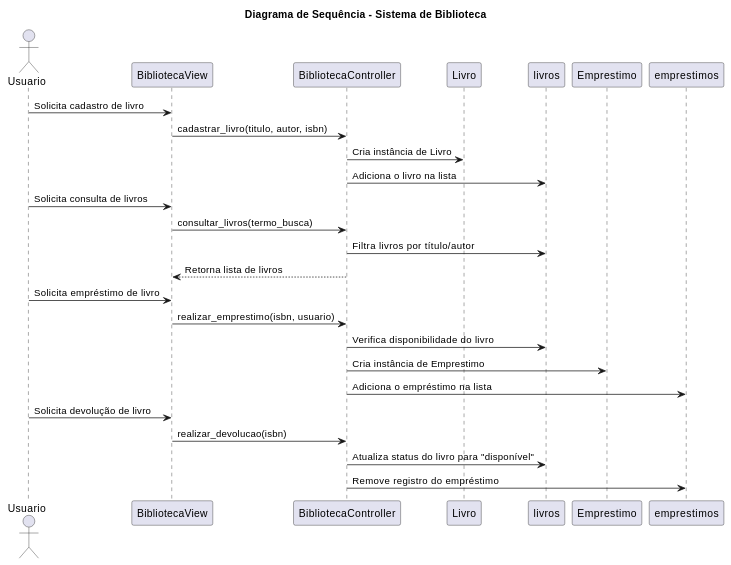
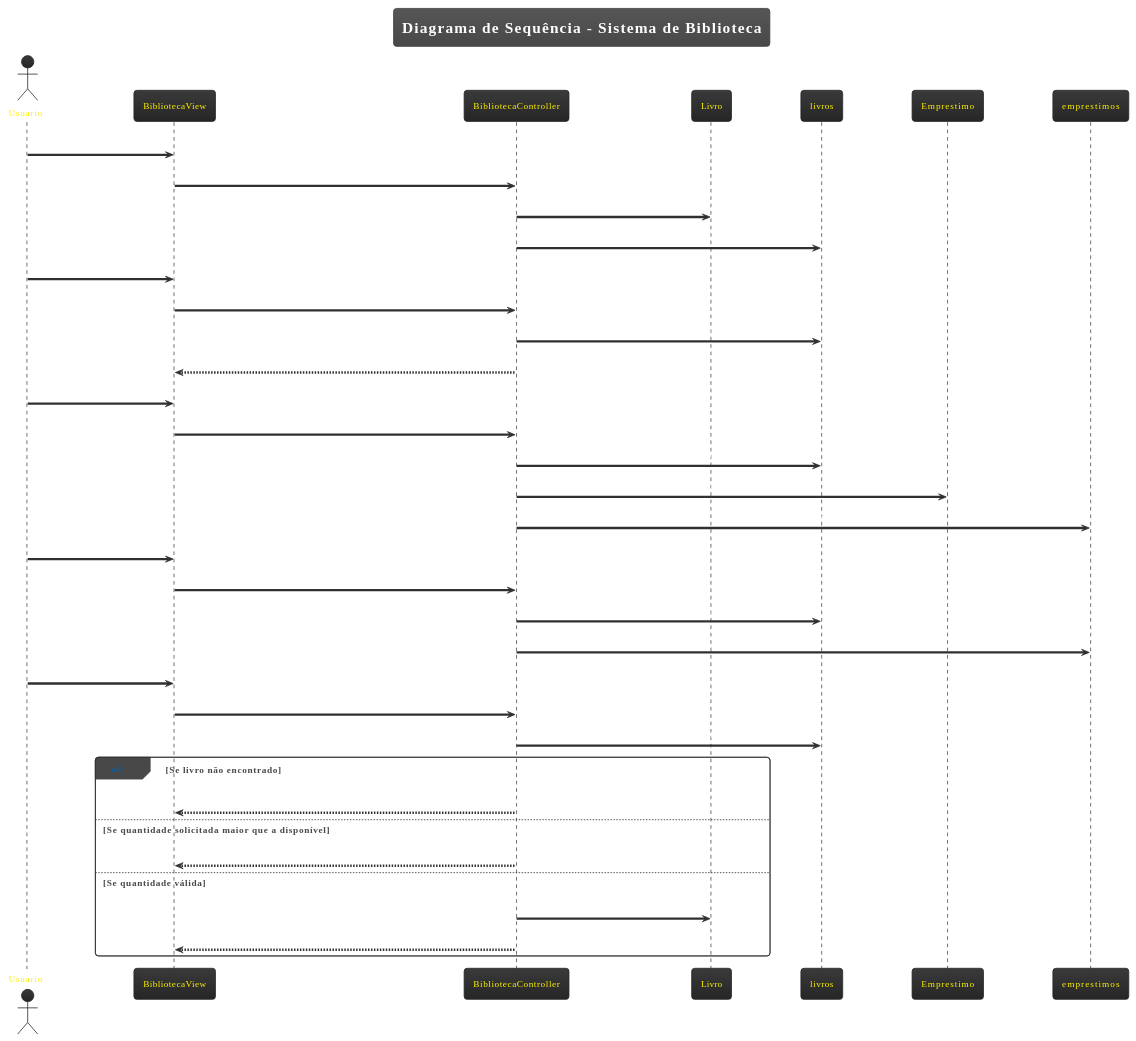
The diagram in README.md (Rasanhii/Sistema-de-Gerenciamento-de-Biblioteca.), drawn with PlantUML before and after one commit. The commit also changed other lines of this file, not shown here.

````diff
--- a/README.md
+++ b/README.md
@@ -97,29 +104,43 @@
 ```UML
 @startuml
+!theme black-knight
 title Diagrama de Sequência - Sistema de Biblioteca
 
 actor Usuario
 
 Usuario -> BibliotecaView: Solicita cadastro de livro
-BibliotecaView -> BibliotecaController: cadastrar_livro(titulo, autor, isbn)
-BibliotecaController -> Livro: Cria instância de Livro
+BibliotecaView -> BibliotecaController: cadastrar_livro(titulo, autor, isbn, quantidade)
+BibliotecaController -> Livro: Cria instância de Livro com quantidade
 BibliotecaController -> livros: Adiciona o livro na lista
 
 Usuario -> BibliotecaView: Solicita consulta de livros
 BibliotecaView -> BibliotecaController: consultar_livros(termo_busca)
 BibliotecaController -> livros: Filtra livros por título/autor
 BibliotecaController --> BibliotecaView: Retorna lista de livros
 
 Usuario -> BibliotecaView: Solicita empréstimo de livro
 BibliotecaView -> BibliotecaController: realizar_emprestimo(isbn, usuario)
 BibliotecaController -> livros: Verifica disponibilidade do livro
 BibliotecaController -> Emprestimo: Cria instância de Emprestimo
 BibliotecaController -> emprestimos: Adiciona o empréstimo na lista
 
 Usuario -> BibliotecaView: Solicita devolução de livro
 BibliotecaView -> BibliotecaController: realizar_devolucao(isbn)
 BibliotecaController -> livros: Atualiza status do livro para "disponível"
 BibliotecaController -> emprestimos: Remove registro do empréstimo
 
+Usuario -> BibliotecaView: Solicita exclusão de livro
+BibliotecaView -> BibliotecaController: realizar_exclusao(isbn, quantidade)
+BibliotecaController -> livros: Encontra o livro por ISBN
+alt Se livro não encontrado
+    BibliotecaController --> BibliotecaView: Retorna mensagem "Livro não encontrado"
+else Se quantidade solicitada maior que a disponível
+    BibliotecaController --> BibliotecaView: Retorna mensagem "Quantidade de exclusão maior do que a disponível"
+else Se quantidade válida
+    BibliotecaController -> Livro: Atualiza a quantidade disponível
+    BibliotecaController --> BibliotecaView: Retorna mensagem de sucesso
+end
+
 @enduml
+
 ```
````
